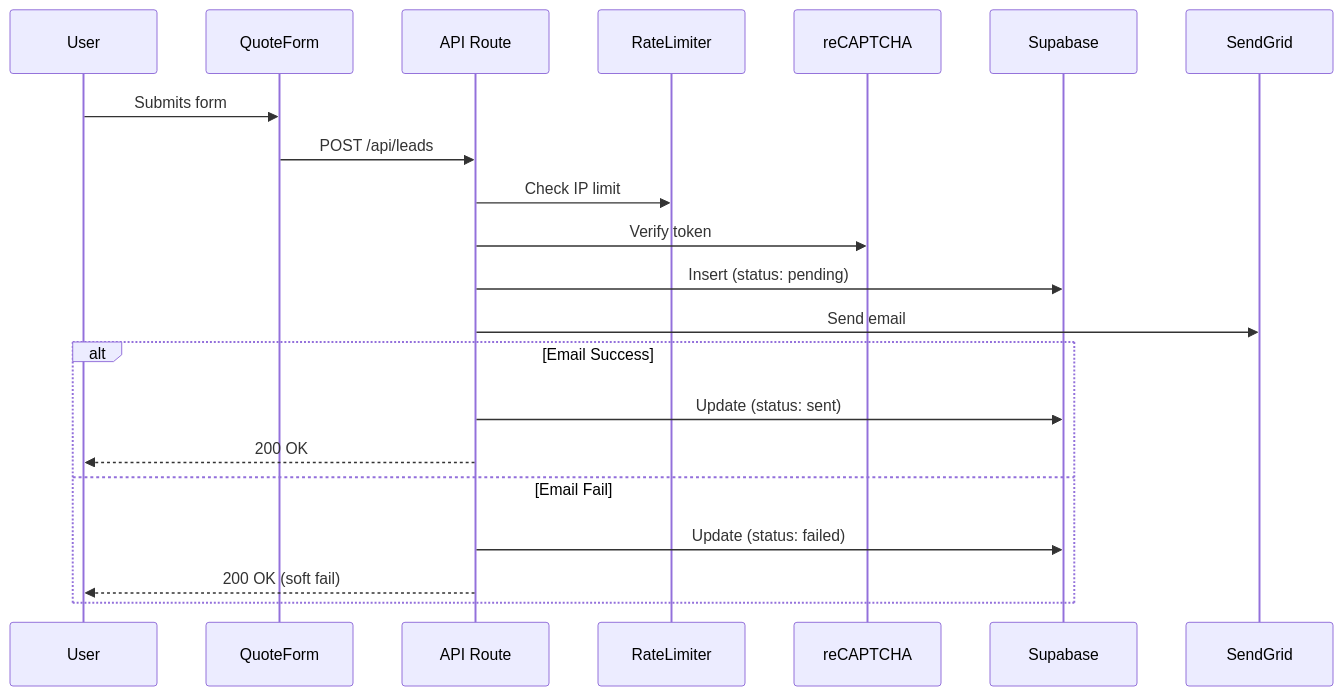
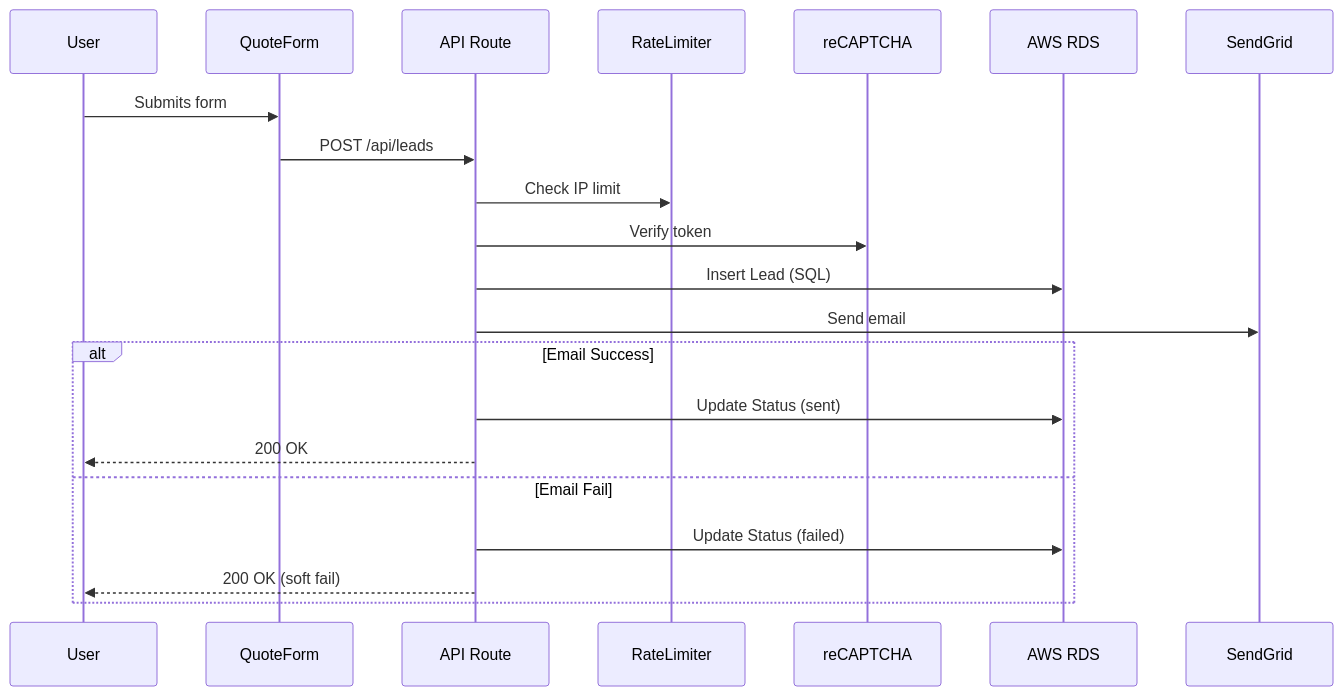
One commit to swarajChandurkar/gogo-tech changed the first of 2 diagrams in docs/ARCHITECTURE.md. Above: the diagram before and after it, drawn with Mermaid. The commit also changed other lines of this file and 15 other files, not shown here.

Commit message:
feat: migrate to aws native stack (rds, s3, cognito)

````diff
--- a/docs/ARCHITECTURE.md
+++ b/docs/ARCHITECTURE.md
@@ -22,16 +22,16 @@
 ```mermaid
 sequenceDiagram
     User->>QuoteForm: Submits form
     QuoteForm->>API Route: POST /api/leads
     API Route->>RateLimiter: Check IP limit
     API Route->>reCAPTCHA: Verify token
-    API Route->>Supabase: Insert (status: pending)
+    API Route->>AWS RDS: Insert Lead (SQL)
     API Route->>SendGrid: Send email
     alt Email Success
-        API Route->>Supabase: Update (status: sent)
+        API Route->>AWS RDS: Update Status (sent)
         API Route-->>User: 200 OK
     else Email Fail
-        API Route->>Supabase: Update (status: failed)
+        API Route->>AWS RDS: Update Status (failed)
         API Route-->>User: 200 OK (soft fail)
     end
 ```
````
